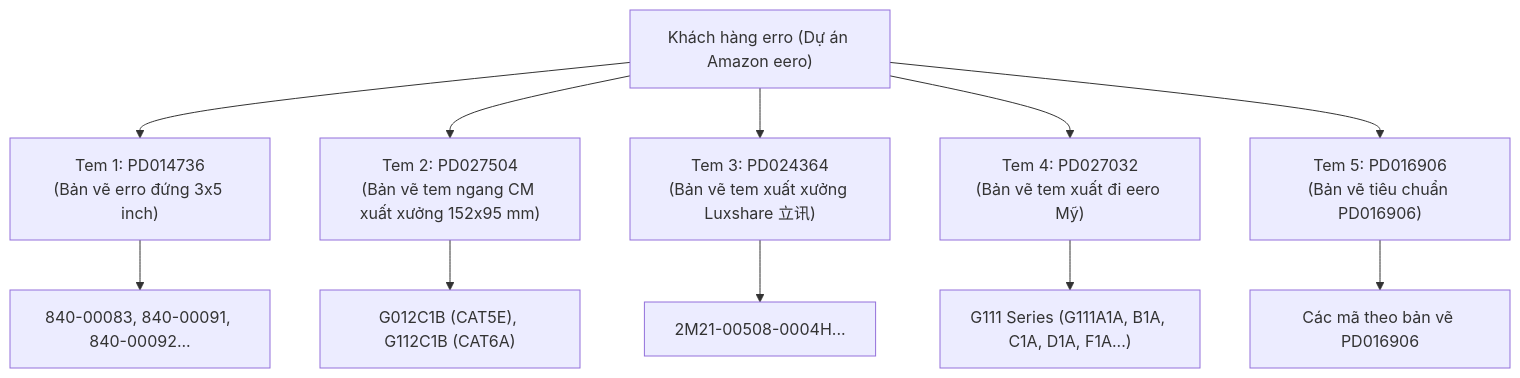
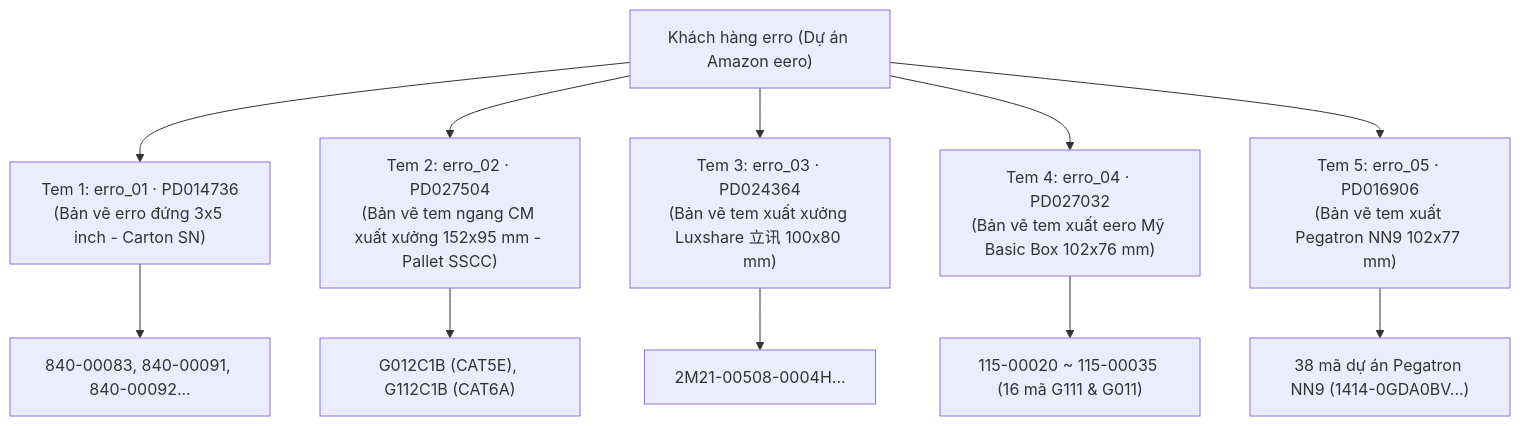
Before and after one commit to patdev495/tagging_system: the diagram in docs/customer_erro_system_architecture.md, drawn with Mermaid. The commit also changed other lines of this file and 37 other files, not shown here.

First line of the commit message:
feat(erro): auto-seed internal factory part numbers and update sequence allocators

````diff
--- a/docs/customer_erro_system_architecture.md
+++ b/docs/customer_erro_system_architecture.md
@@ -16,15 +17,15 @@
 ```mermaid
 graph TD
     erro["Khách hàng erro (Dự án Amazon eero)"]
-    erro --> T1["Tem 1: PD014736<br/>(Bản vẽ erro đứng 3x5 inch)"]
-    erro --> T2["Tem 2: PD027504<br/>(Bản vẽ tem ngang CM xuất xưởng 152x95 mm)"]
-    erro --> T3["Tem 3: PD024364<br/>(Bản vẽ tem xuất xưởng Luxshare 立讯)"]
-    erro --> T4["Tem 4: PD027032<br/>(Bản vẽ tem xuất đi eero Mỹ)"]
-    erro --> T5["Tem 5: PD016906<br/>(Bản vẽ tiêu chuẩn PD016906)"]
+    erro --> T1["Tem 1: erro_01 · PD014736<br/>(Bản vẽ erro đứng 3x5 inch - Carton SN)"]
+    erro --> T2["Tem 2: erro_02 · PD027504<br/>(Bản vẽ tem ngang CM xuất xưởng 152x95 mm - Pallet SSCC)"]
+    erro --> T3["Tem 3: erro_03 · PD024364<br/>(Bản vẽ tem xuất xưởng Luxshare 立讯 100x80 mm)"]
+    erro --> T4["Tem 4: erro_04 · PD027032<br/>(Bản vẽ tem xuất eero Mỹ Basic Box 102x76 mm)"]
+    erro --> T5["Tem 5: erro_05 · PD016906<br/>(Bản vẽ tem xuất Pegatron NN9 102x77 mm)"]
 
     T1 --> P1["840-00083, 840-00091, 840-00092..."]
     T2 --> P2["G012C1B (CAT5E), G112C1B (CAT6A)"]
     T3 --> P3["2M21-00508-0004H..."]
-    T4 --> P4["G111 Series (G111A1A, B1A, C1A, D1A, F1A...)"]
-    T5 --> P5["Các mã theo bản vẽ PD016906"]
+    T4 --> P4["115-00020 ~ 115-00035 (16 mã G111 & G011)"]
+    T5 --> P5["38 mã dự án Pegatron NN9 (1414-0GDA0BV...)"]
 ```
````
